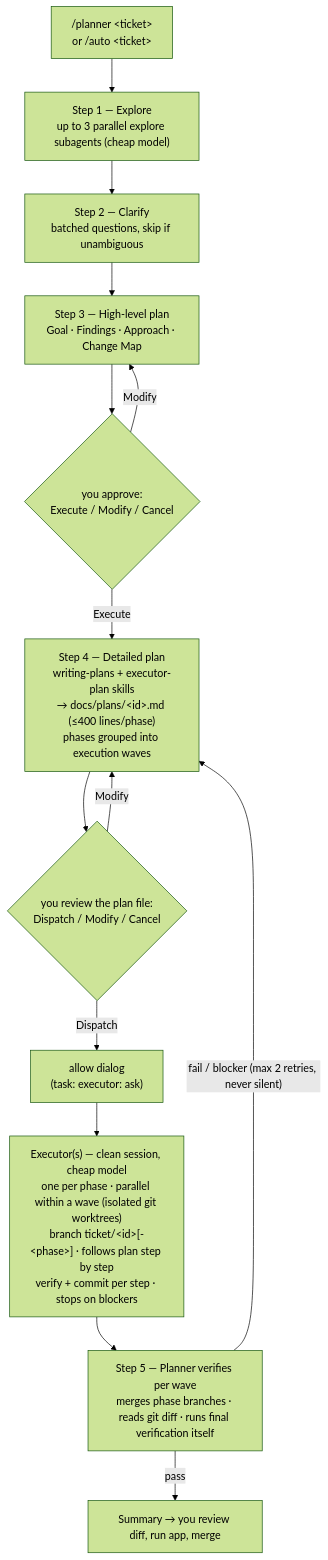
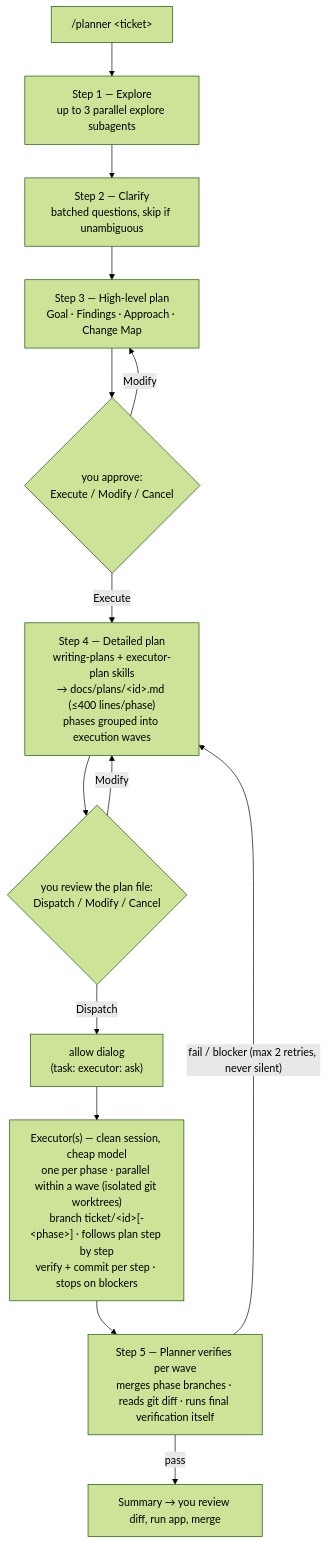
Before and after one commit to thanhnguyen293/planexec: the diagram in README.md, drawn with Mermaid (forest theme). The commit also changed other lines of this file and 2 other files, not shown here.

First line of the commit message:
opencode: pin explore to deepseek-v4-pro; sync stale README

````diff
--- a/README.md
+++ b/README.md
@@ -13,16 +13,16 @@
 ```mermaid
 flowchart TD
-    A["/planner &lt;ticket&gt;<br/>or /auto &lt;ticket&gt;"] --> B["Step 1 — Explore<br/>up to 3 parallel explore subagents (cheap model)"]
+    A["/planner &lt;ticket&gt;"] --> B["Step 1 — Explore<br/>up to 3 parallel explore subagents"]
     B --> C["Step 2 — Clarify<br/>batched questions, skip if unambiguous"]
     C --> D["Step 3 — High-level plan<br/>Goal · Findings · Approach · Change Map"]
     D --> G1{"you approve:<br/>Execute / Modify / Cancel"}
     G1 -- Modify --> D
     G1 -- Execute --> E["Step 4 — Detailed plan<br/>writing-plans + executor-plan skills<br/>→ docs/plans/&lt;id&gt;.md (≤400 lines/phase)<br/>phases grouped into execution waves"]
     E --> G2{"you review the plan file:<br/>Dispatch / Modify / Cancel"}
     G2 -- Modify --> E
     G2 -- Dispatch --> G3["allow dialog<br/>(task: executor: ask)"]
     G3 --> X["Executor(s) — clean session, cheap model<br/>one per phase · parallel within a wave (isolated git worktrees)<br/>branch ticket/&lt;id&gt;[-&lt;phase&gt;] · follows plan step by step<br/>verify + commit per step · stops on blockers"]
     X --> V["Step 5 — Planner verifies per wave<br/>merges phase branches · reads git diff · runs final verification itself"]
     V -- "fail / blocker (max 2 retries, never silent)" --> E
     V -- pass --> Z["Summary → you review diff, run app, merge"]
 ```
````
